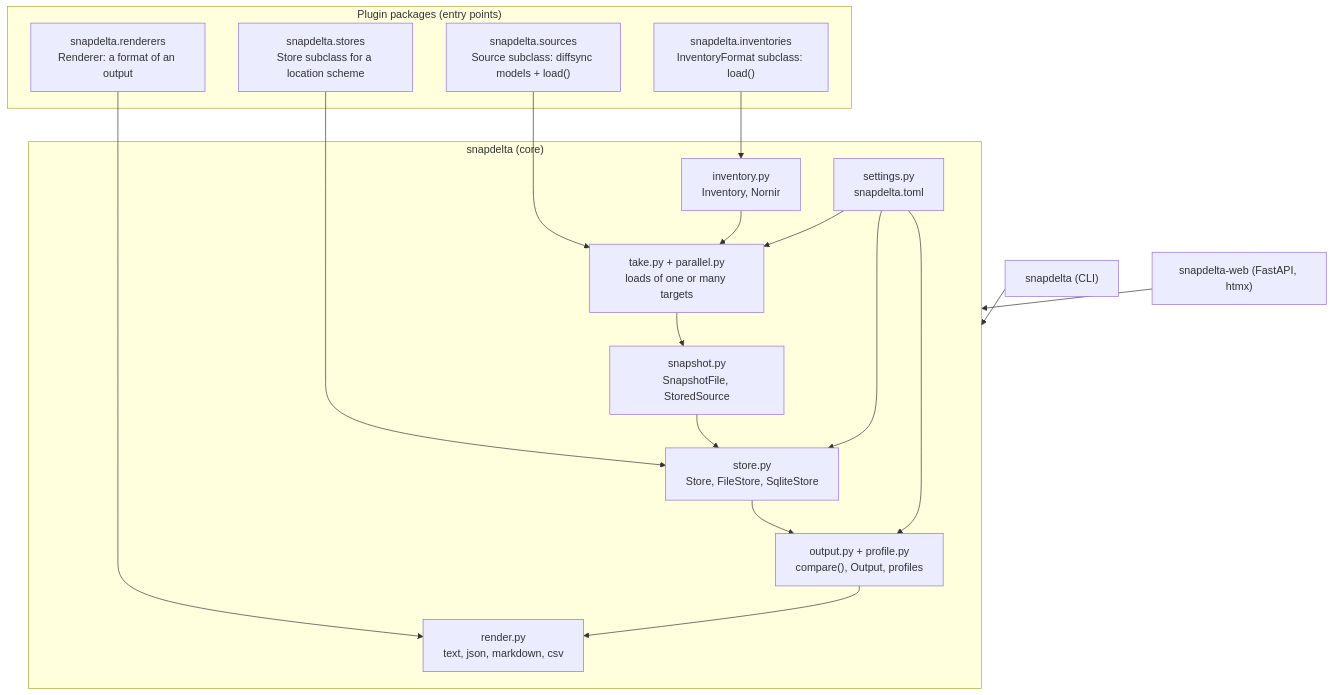
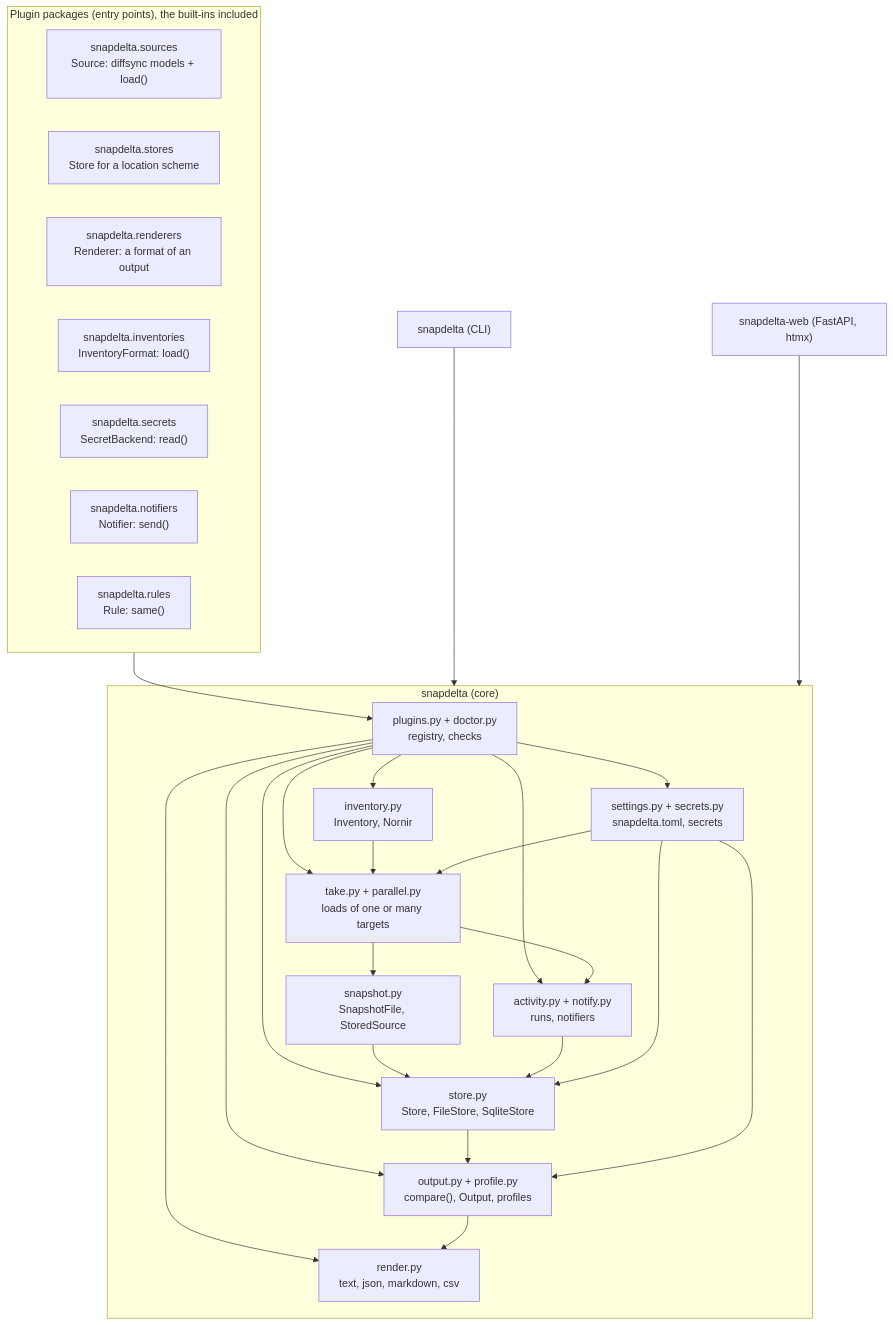
Before and after one commit to antoinekh/snapdelta: the first of 2 diagrams in docs/architecture.md, drawn with Mermaid. The commit also changed other lines of this file and 6 other files, not shown here.

Commit message:
docs(plugins): document the plug-in architecture and say it on the front page

````diff
--- a/docs/architecture.md
+++ b/docs/architecture.md
@@ -17,30 +18,34 @@
 ```mermaid
 flowchart TB
-    subgraph plugin["Plugin packages (entry points)"]
-        S["snapdelta.sources<br/>Source subclass: diffsync models + load()"]
-        B["snapdelta.stores<br/>Store subclass for a location scheme"]
+    subgraph plugin["Plugin packages (entry points), the built-ins included"]
+        S["snapdelta.sources<br/>Source: diffsync models + load()"]
+        B["snapdelta.stores<br/>Store for a location scheme"]
         F["snapdelta.renderers<br/>Renderer: a format of an output"]
-        I["snapdelta.inventories<br/>InventoryFormat subclass: load()"]
+        I["snapdelta.inventories<br/>InventoryFormat: load()"]
+        K["snapdelta.secrets<br/>SecretBackend: read()"]
+        N["snapdelta.notifiers<br/>Notifier: send()"]
+        R["snapdelta.rules<br/>Rule: same()"]
     end
     subgraph core["snapdelta (core)"]
+        PL["plugins.py + doctor.py<br/>registry, checks"]
         SN["snapshot.py<br/>SnapshotFile, StoredSource"]
         CO["output.py + profile.py<br/>compare(), Output, profiles"]
         ST["store.py<br/>Store, FileStore, SqliteStore"]
         RE["render.py<br/>text, json, markdown, csv"]
         TA["take.py + parallel.py<br/>loads of one or many targets"]
-        SE["settings.py<br/>snapdelta.toml"]
+        AC["activity.py + notify.py<br/>runs, notifiers"]
+        SE["settings.py + secrets.py<br/>snapdelta.toml, secrets"]
         IN["inventory.py<br/>Inventory, Nornir"]
     end
     CLI["snapdelta (CLI)"]
     WEB["snapdelta-web (FastAPI, htmx)"]
-    S --> TA
-    B --> ST
-    F --> RE
-    I --> IN
+    plugin --> PL
+    PL --> TA & ST & RE & IN & SE & AC & CO
     IN --> TA
     TA --> SN --> ST
+    TA --> AC --> ST
     ST --> CO --> RE
     SE --> TA & ST & CO
     CLI --> core
     WEB --> core
 ```
````
